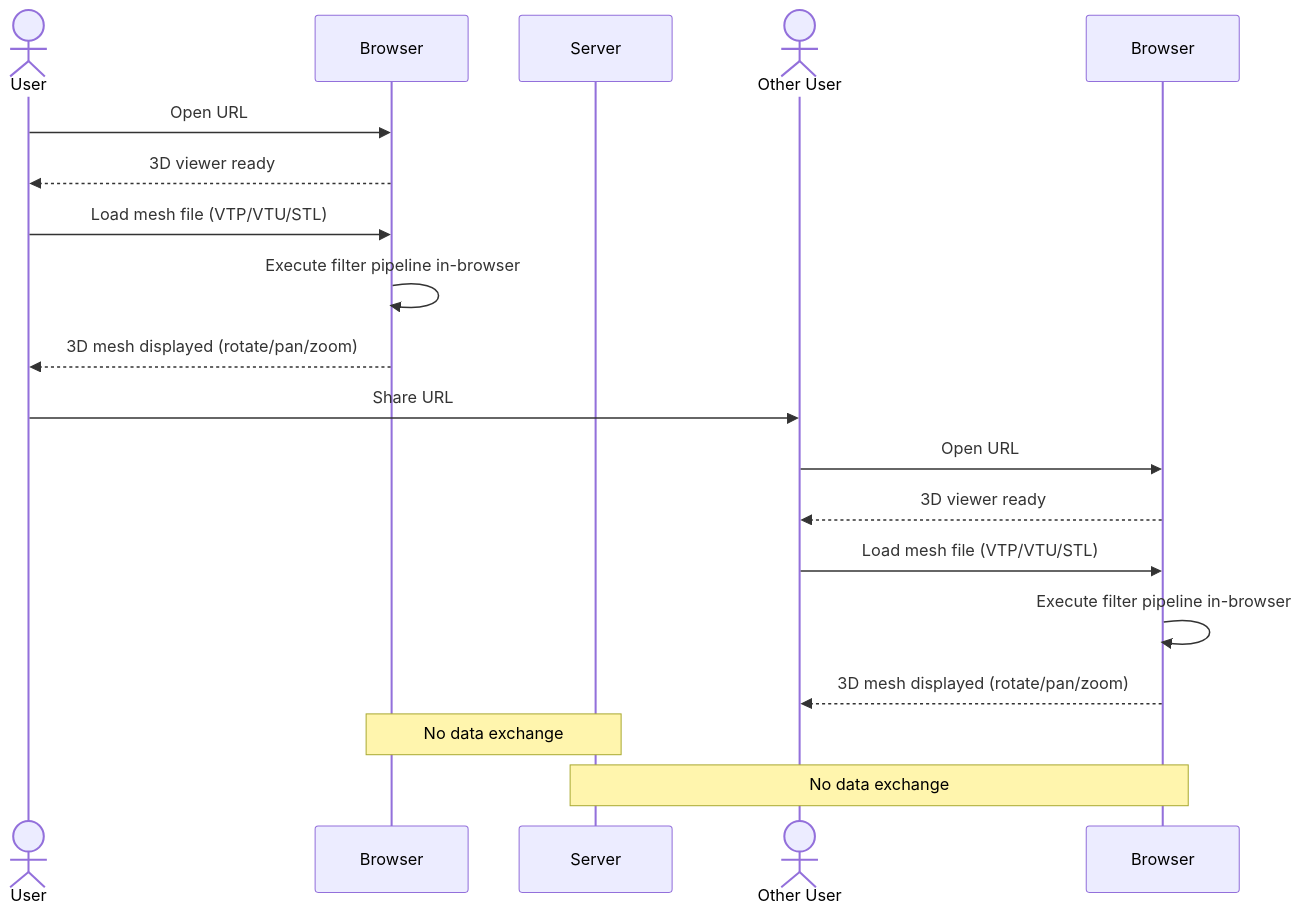
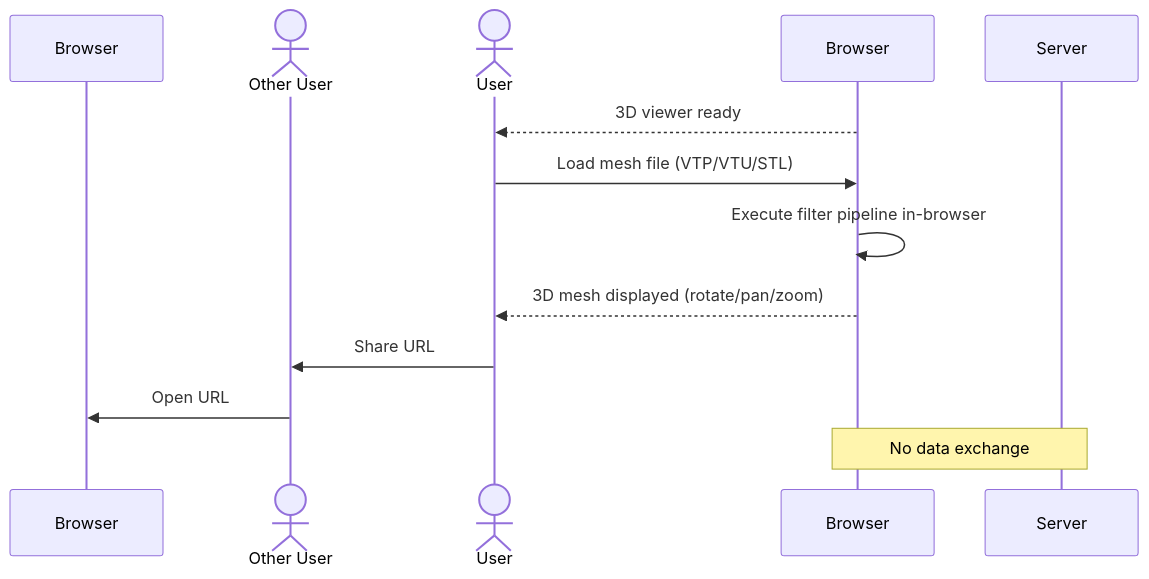
One commit to tkoyama010/pyvista-wasm changed the first of 4 diagrams in slides/slides.md. Above: the diagram before and after it, drawn with Mermaid. The commit also changed 1 other file, not shown here.

Commit message:
docs: simplify sequence diagram and update problem slide text

````diff
--- a/slides/slides.md
+++ b/slides/slides.md
@@ -230,27 +230,20 @@
 ```mermaid {scale: 0.65}
 sequenceDiagram
+    participant B2 as Browser
+    actor U2 as Other User
     actor U as User
     participant B as Browser
     participant S as Server
-    actor U2 as Other User
-    participant B2 as Browser
 
-    U->>B: Open URL
     B-->>U: 3D viewer ready
 
     U->>B: Load mesh file (VTP/VTU/STL)
     B->>B: Execute filter pipeline in-browser
     B-->>U: 3D mesh displayed (rotate/pan/zoom)
 
     U->>U2: Share URL
 
     U2->>B2: Open URL
-    B2-->>U2: 3D viewer ready
-
-    U2->>B2: Load mesh file (VTP/VTU/STL)
-    B2->>B2: Execute filter pipeline in-browser
-    B2-->>U2: 3D mesh displayed (rotate/pan/zoom)
 
     Note over B,S: No data exchange
-    Note over B2,S: No data exchange
 ```
````
